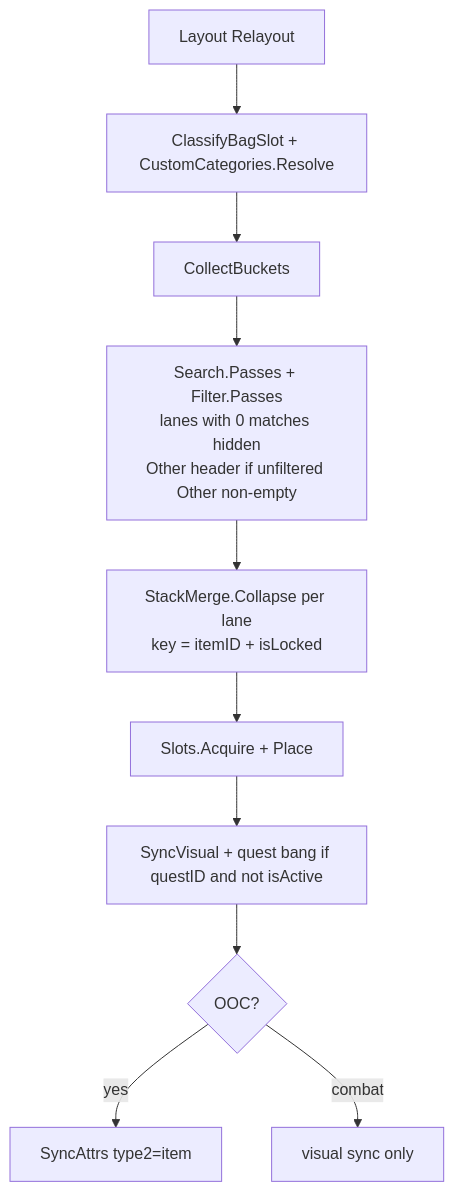
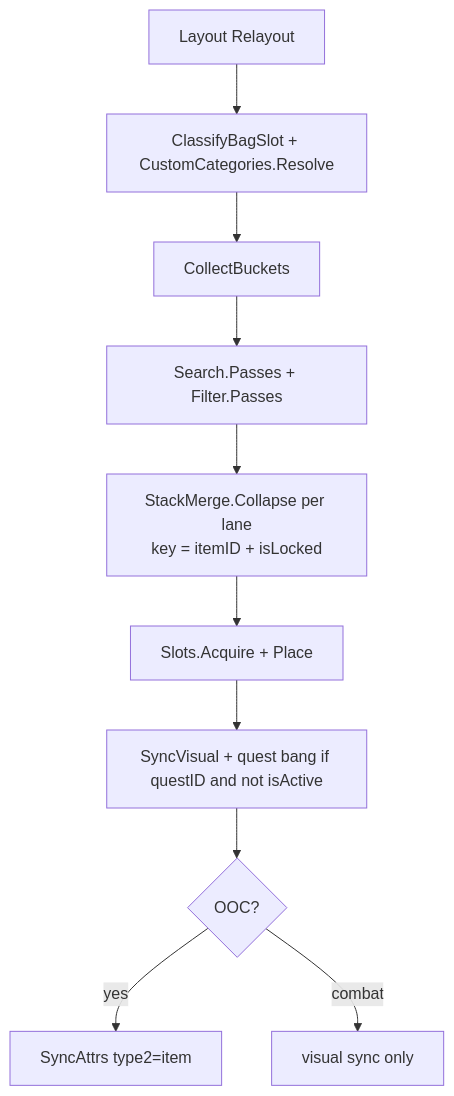
Before and after one commit to sirTurbisCZ/wow-forever-addons: the second of 7 diagrams in addons/BetterBackpack/Docs/loops.md, drawn with Mermaid. The commit also changed other lines of this file and 17 other files, not shown here.

````diff
--- a/addons/BetterBackpack/Docs/loops.md
+++ b/addons/BetterBackpack/Docs/loops.md
@@ -42,13 +42,13 @@
 ```mermaid
 flowchart TD
   L[Layout Relayout]
   L --> Class[ClassifyBagSlot + CustomCategories.Resolve]
   Class --> Buckets[CollectBuckets]
-  Buckets --> SF[Search.Passes + Filter.Passes<br/>lanes with 0 matches hidden<br/>Other header if unfiltered Other non-empty]
+  Buckets --> SF[Search.Passes + Filter.Passes]
   SF --> Merge[StackMerge.Collapse per lane<br/>key = itemID + isLocked]
   Merge --> Place[Slots.Acquire + Place]
   Place --> Visual[SyncVisual + quest bang if questID and not isActive]
   Visual --> Attrs{OOC?}
   Attrs -->|yes| Sync[SyncAttrs type2=item]
   Attrs -->|combat| Keep[visual sync only]
 ```
````
